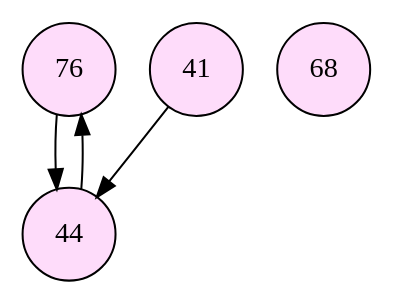
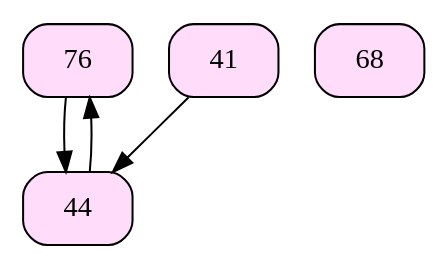
The diagram in api/ressources/graphs/graph.gv (Saperlu/Graphvizeract), drawn with Graphviz before and after one commit. The commit also changed 8 other files, not shown here.

```diff
--- a/api/ressources/graphs/graph.gv
+++ b/api/ressources/graphs/graph.gv
@@ -1,22 +1,25 @@
 /* x.gv */
 digraph mainmap {
 	node [
-		shape = circle
+		shape = "Mrecord"
 		style = filled
 		fillcolor = "#FEDCFA"
+		labelloc = "t"
+		splines = true
+		overlap = false
 	]
 //START nodes
 	1 [label="76",];//node
 	2 [label="44",];//node
 	3 [label="41",];//node
 	4 [label="68",]//node
 //END nodes
 
 //START edges
 	1->2;//edge
 	2->1;//edge
 	3->2;//edge
 //END edges
 
 
 }
```
